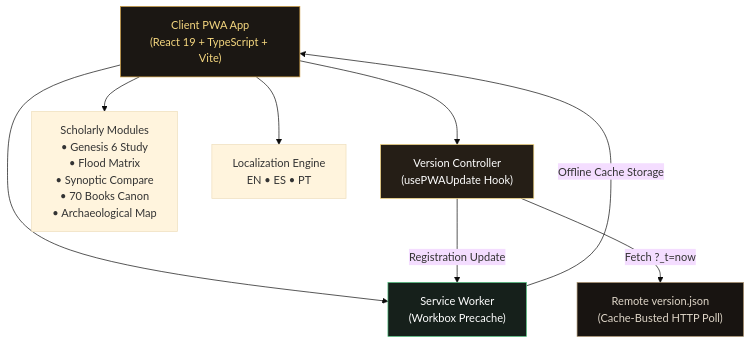
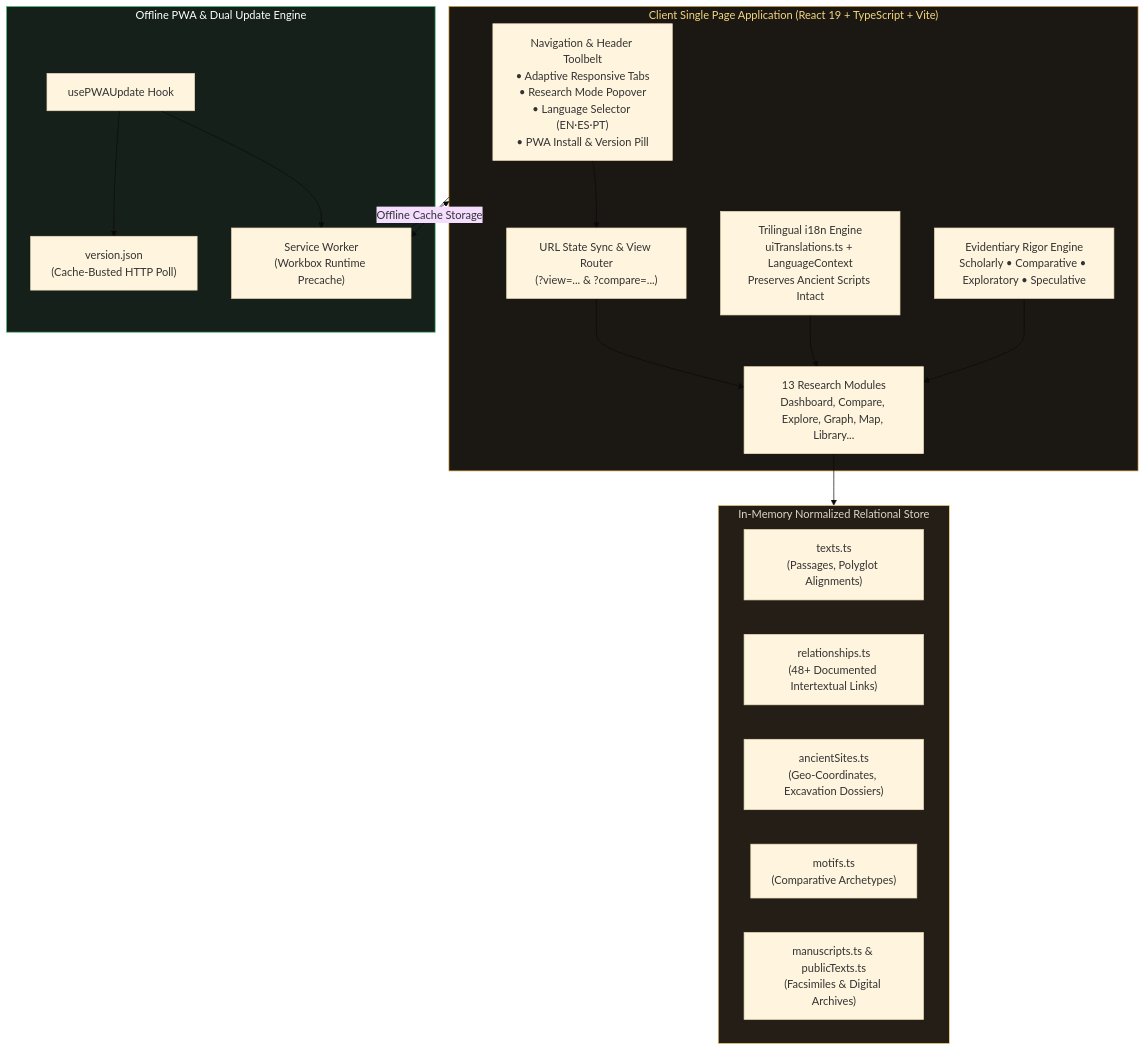
The first of 2 diagrams in README.md (CptNope/Chronos-and-Canon), drawn with Mermaid (base theme) before and after one commit. The commit also changed other lines of this file and 20 other files, not shown here.

````diff
--- a/README.md
+++ b/README.md
@@ -41,22 +76,38 @@
 ```mermaid
 graph TD
-    Client["Client PWA App<br>(React 19 + TypeScript + Vite)"]
-    SW["Service Worker<br>(Workbox Precache)"]
-    VerCtrl["Version Controller<br>(usePWAUpdate Hook)"]
-    RemoteVer["Remote version.json<br>(Cache-Busted HTTP Poll)"]
-    Modules["Scholarly Modules<br>• Genesis 6 Study<br>• Flood Matrix<br>• Synoptic Compare<br>• 70 Books Canon<br>• Archaeological Map"]
-    I18n["Localization Engine<br>EN • ES • PT"]
-    
-    Client --> SW
-    Client --> VerCtrl
-    VerCtrl -->|Registration Update| SW
-    VerCtrl -->|Fetch ?_t=now| RemoteVer
-    Client --> Modules
-    Client --> I18n
-    SW -->|Offline Cache Storage| Client
+    subgraph ClientApp["Client Single Page Application (React 19 + TypeScript + Vite)"]
+        Nav["Navigation & Header Toolbelt<br>• Adaptive Responsive Tabs<br>• Research Mode Popover<br>• Language Selector (EN·ES·PT)<br>• PWA Install & Version Pill"]
+        Router["URL State Sync & View Router<br>(?view=... & ?compare=...)"]
+        I18n["Trilingual i18n Engine<br>uiTranslations.ts + LanguageContext<br>Preserves Ancient Scripts Intact"]
+        Rigor["Evidentiary Rigor Engine<br>Scholarly • Comparative • Exploratory • Speculative"]
+        Views["13 Research Modules<br>Dashboard, Compare, Explore, Graph, Map, Library..."]
+    end
 
-    style Client fill:#1b1713,stroke:#c99738,color:#f5d77f
-    style VerCtrl fill:#251e16,stroke:#f5d77f,color:#fff
-    style SW fill:#16201b,stroke:#48bb78,color:#fff
-    style RemoteVer fill:#181411,stroke:#a48c68,color:#ded5c7
+    subgraph DataLayer["In-Memory Normalized Relational Store"]
+        Texts["texts.ts<br>(Passages, Polyglot Alignments)"]
+        Relations["relationships.ts<br>(48+ Documented Intertextual Links)"]
+        Sites["ancientSites.ts<br>(Geo-Coordinates, Excavation Dossiers)"]
+        Motifs["motifs.ts<br>(Comparative Archetypes)"]
+        Manuscripts["manuscripts.ts & publicTexts.ts<br>(Facsimiles & Digital Archives)"]
+    end
+
+    subgraph PWAEngine["Offline PWA & Dual Update Engine"]
+        SW["Service Worker<br>(Workbox Runtime Precache)"]
+        VerHook["usePWAUpdate Hook"]
+        RemoteVer["version.json<br>(Cache-Busted HTTP Poll)"]
+    end
+
+    Nav --> Router
+    Router --> Views
+    I18n --> Views
+    Rigor --> Views
+    Views --> DataLayer
+    ClientApp --> SW
+    VerHook --> SW
+    VerHook --> RemoteVer
+    SW -->|Offline Cache Storage| ClientApp
+
+    style ClientApp fill:#1b1713,stroke:#c99738,color:#f5d77f
+    style DataLayer fill:#251e17,stroke:#f5d77f,color:#ded5c7
+    style PWAEngine fill:#16201b,stroke:#48bb78,color:#fff
 ```
````
